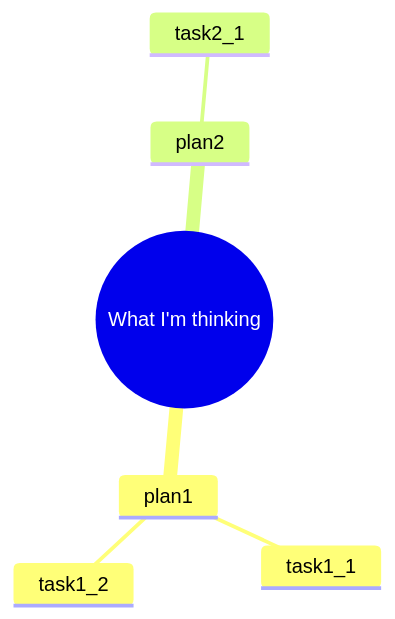
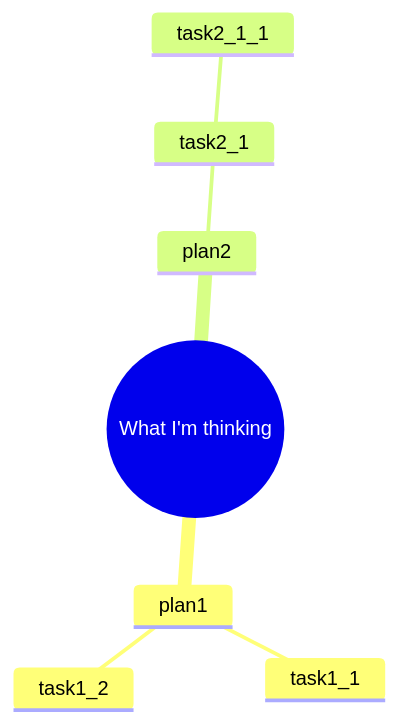
The diagram in Mermaid_works/test.md (tsu-git/util), drawn with Mermaid before and after one commit.

Commit message:
Testing for commiting a file to git-hub

````diff
--- a/Mermaid_works/test.md
+++ b/Mermaid_works/test.md
@@ -1,9 +1,10 @@
 ```mermaid
     mindmap
         root((What I'm thinking))
             plan1
                 task1_1
                 task1_2
             plan2
                 task2_1
+                    task2_1_1
 ```
````
